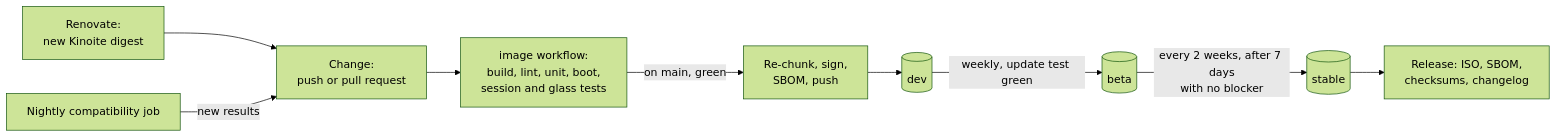
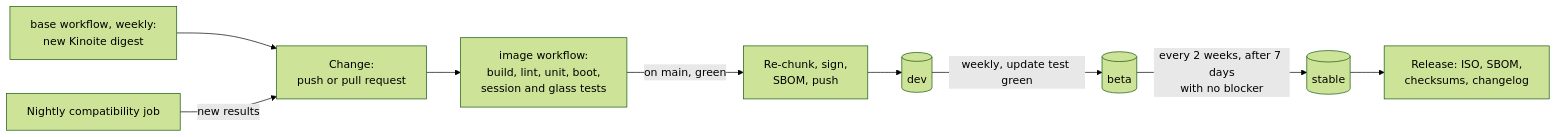
The first of 3 diagrams in docs/architecture.md (edmundhills/lumen-os), drawn with Mermaid (forest theme) before and after one commit. The commit also changed other lines of this file and 2 other files, not shown here.

Commit message:
docs: describe how the base pins move and where their copies live (step 1.5b)

````diff
--- a/docs/architecture.md
+++ b/docs/architecture.md
@@ -611,11 +611,11 @@
 ```mermaid
 flowchart LR
   change["Change:<br/>push or pull request"] --> test["image workflow:<br/>build, lint, unit, boot,<br/>session and glass tests"]
-  renovate["Renovate:<br/>new Kinoite digest"] --> change
+  bump["base workflow, weekly:<br/>new Kinoite digest"] --> change
   nightly["Nightly compatibility job"] -->|"new results"| change
   test -->|"on main, green"| sign["Re-chunk, sign,<br/>SBOM, push"]
   sign --> dev[("dev")]
   dev -->|"weekly, update test green"| beta[("beta")]
   beta -->|"every 2 weeks, after 7 days<br/>with no blocker"| stable[("stable")]
   stable --> release["Release: ISO, SBOM,<br/>checksums, changelog"]
 ```
````
